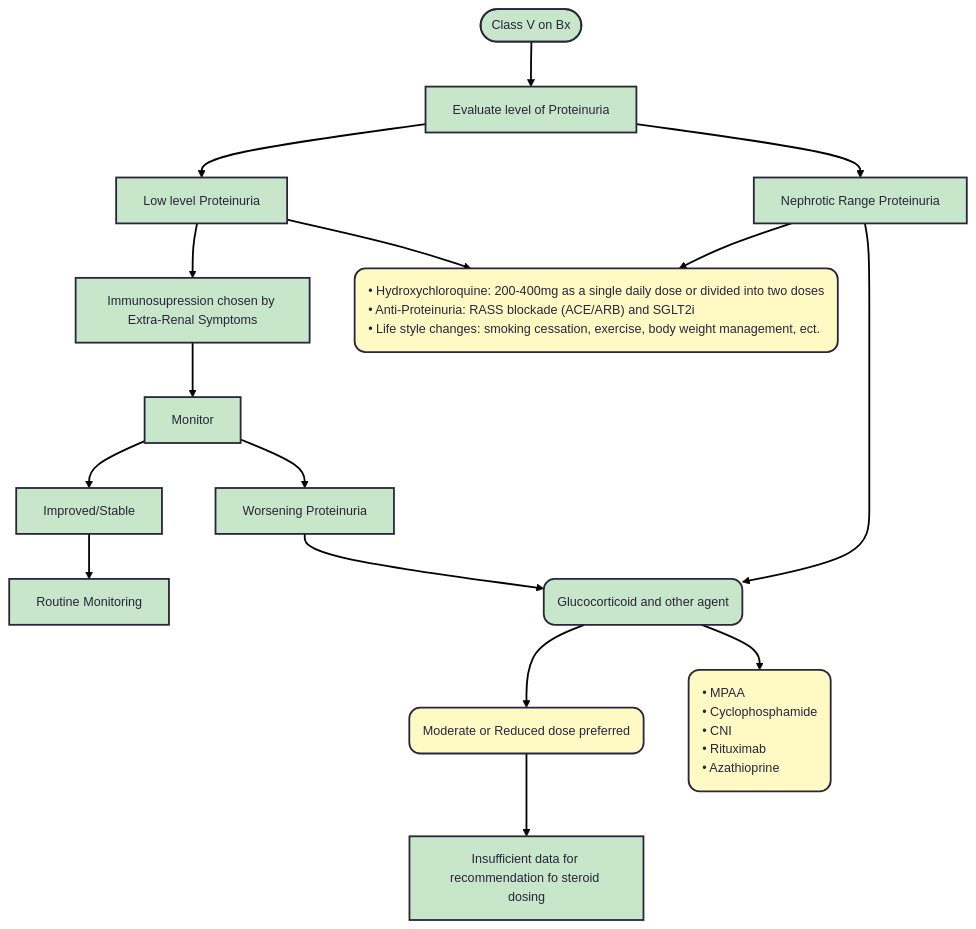
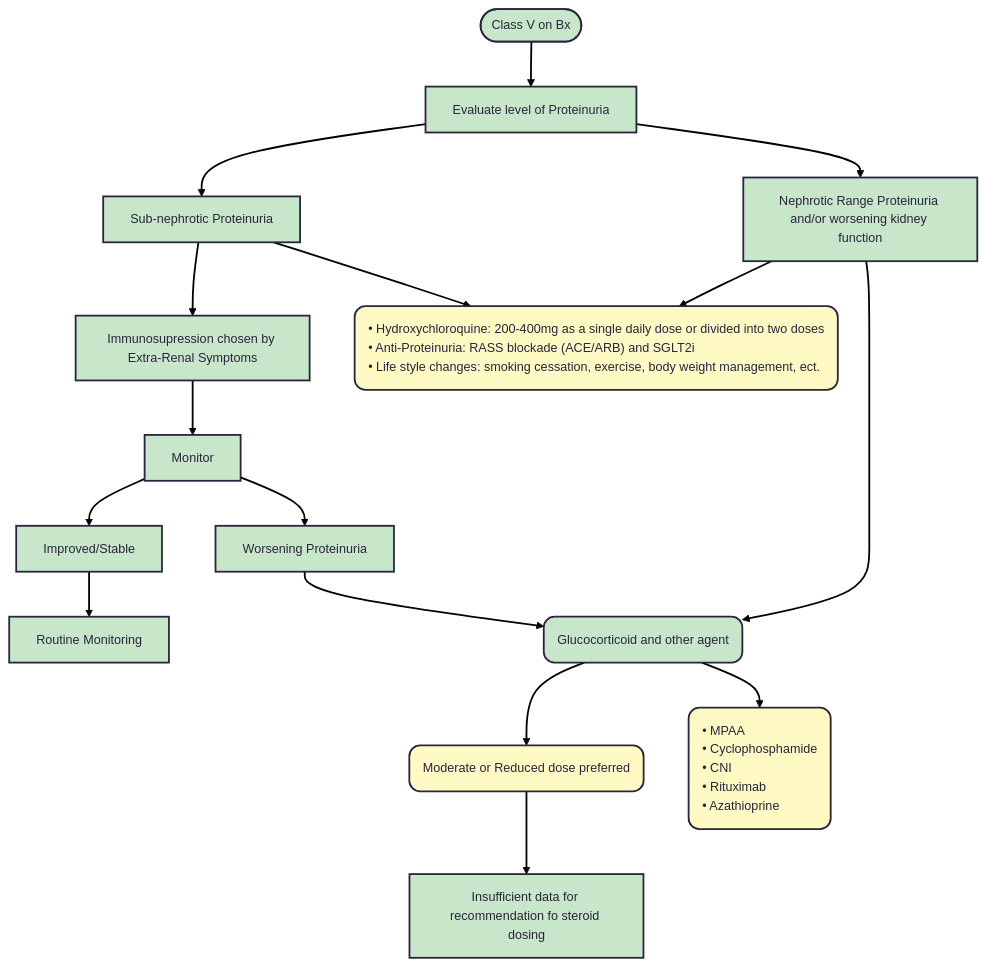
One commit to TTUNEPH2025/GN changed the fourth of 4 diagrams in docs/Lupus.md. Above: the diagram before and after it, drawn with Mermaid.

````diff
--- a/docs/Lupus.md
+++ b/docs/Lupus.md
@@ -271,41 +271,41 @@
 ```mermaid
 ---
 config:
   theme: redux
 ---
 flowchart TB
     A(["Class V on Bx"]) --> n1["Evaluate level of Proteinuria"]
-    n1 --> n2["Low level Proteinuria"] & n3["Nephrotic Range Proteinuria"]
+    n1 --> n2["Sub-nephrotic Proteinuria"] & n3["Nephrotic Range Proteinuria and/or worsening kidney function"]
     n2 --> n4["Immunosupression chosen by Extra-Renal Symptoms"] & n5["•  Hydroxychloroquine: 200-400mg as a single daily dose or divided into two doses
   •  Anti-Proteinuria: RASS blockade (ACE/ARB) and SGLT2i
   •  Life style changes: smoking cessation, exercise, body weight management, ect."]
     n3 --> n5 & n6["Glucocorticoid and other agent"]
     n6 --> n7["Moderate or Reduced dose preferred"] & n8["• MPAA
     • Cyclophosphamide
     • CNI
     • Rituximab
     • Azathioprine"]
     n4 --> n9["Monitor"]
     n9 --> n10["Improved/Stable"] & n11["Worsening Proteinuria"]
     n11 --> n6
     n10 --> n12["Routine Monitoring"]
     n7 --> n13["Insufficient data for recommendation fo steroid dosing"]
     n5@{ shape: rounded}
     n6@{ shape: rounded}
     n7@{ shape: rounded}
     n8@{ shape: rounded}
     style A fill:#C8E6C9
     style n1 fill:#C8E6C9
     style n2 fill:#C8E6C9
     style n3 fill:#C8E6C9
     style n4 fill:#C8E6C9
     style n5 fill:#FFF9C4,text-align:left,white-space:nowrap
     style n6 fill:#C8E6C9
     style n7 fill:#FFF9C4,text-align:left,white-space:nowrap
     style n8 fill:#FFF9C4,text-align:left,white-space:nowrap
     style n9 fill:#C8E6C9
     style n10 fill:#C8E6C9
     style n11 fill:#C8E6C9
     style n12 fill:#C8E6C9
     style n13 fill:#C8E6C9
 ```
````
